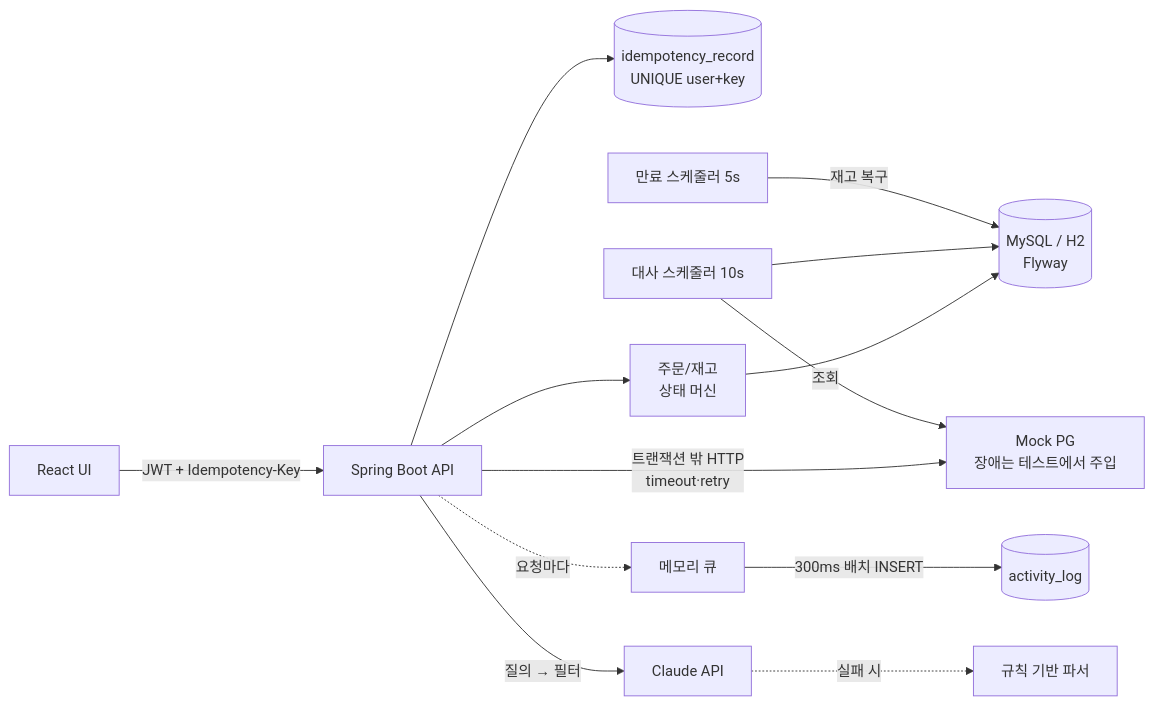
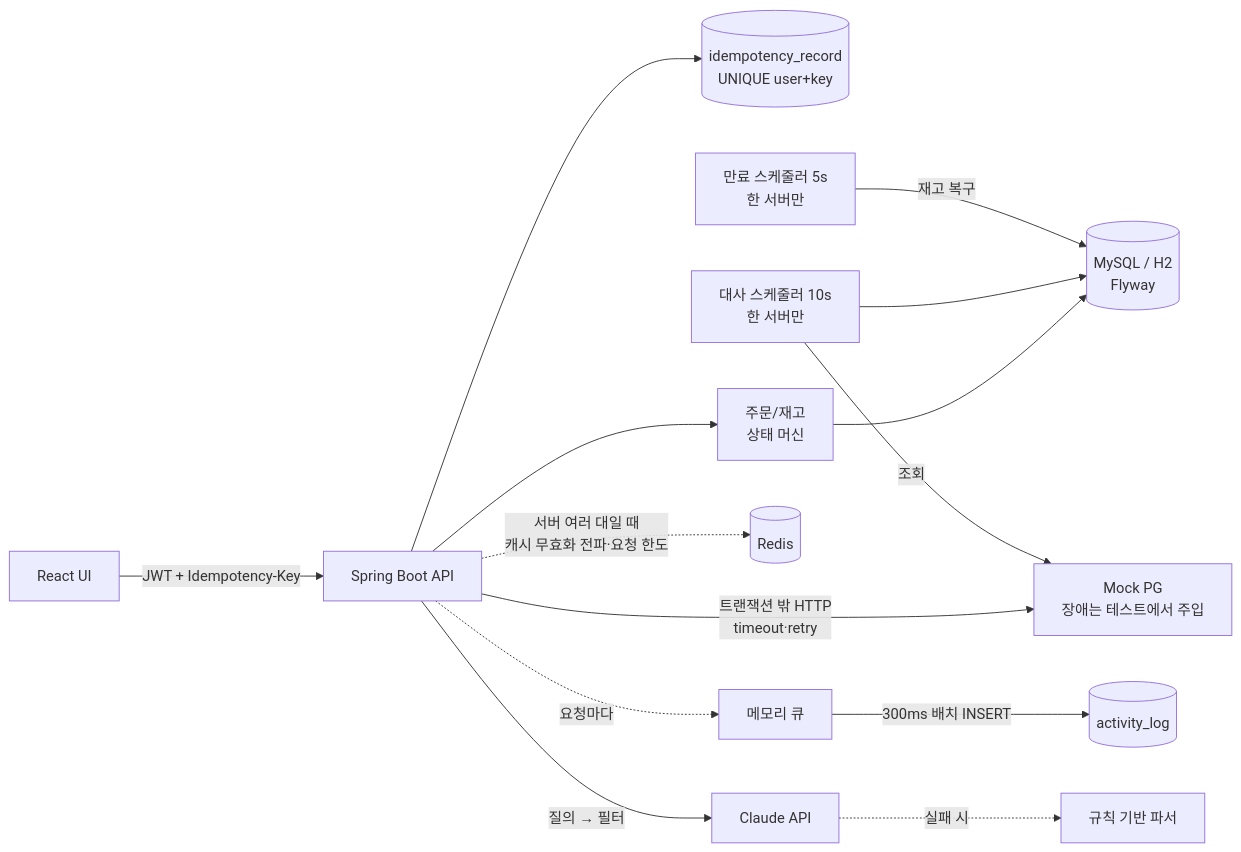
Before and after one commit to parkhh16/flashdeal: the first of 3 diagrams in README.md, drawn with Mermaid. The commit also changed other lines of this file and 4 other files, not shown here.

````diff
--- a/README.md
+++ b/README.md
@@ -108,14 +114,15 @@
 ```mermaid
 flowchart LR
     U[React UI] -->|JWT + Idempotency-Key| API[Spring Boot API]
     API --> IDEM[(idempotency_record<br/>UNIQUE user+key)]
     API --> ORDER[주문/재고<br/>상태 머신]
     ORDER --> DB[(MySQL / H2<br/>Flyway)]
     API -->|트랜잭션 밖 HTTP<br/>timeout·retry| PG[Mock PG<br/>장애는 테스트에서 주입]
-    RECON[대사 스케줄러 10s] -->|조회| PG
+    RECON[대사 스케줄러 10s<br/>한 서버만] -->|조회| PG
     RECON --> DB
-    EXP[만료 스케줄러 5s] -->|재고 복구| DB
+    EXP[만료 스케줄러 5s<br/>한 서버만] -->|재고 복구| DB
+    API -.서버 여러 대일 때<br/>캐시 무효화 전파·요청 한도.-> REDIS[(Redis)]
     API -.요청마다.-> Q[메모리 큐] -->|300ms 배치 INSERT| LOG[(activity_log)]
     API -->|질의 → 필터| LLM[Claude API]
     LLM -.실패 시.-> RULE[규칙 기반 파서]
 ```
````
